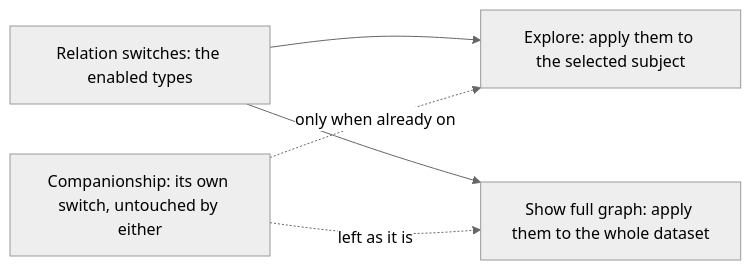
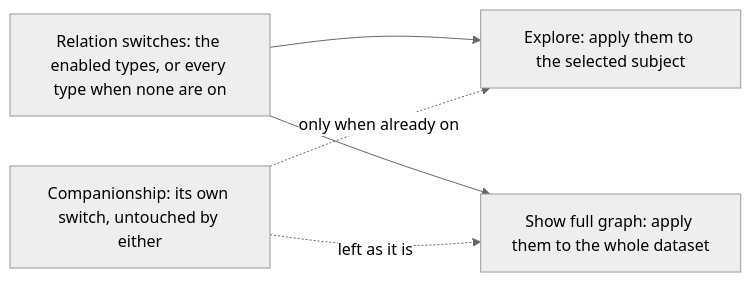
Before and after one commit to msskzx/namaq: the diagram in docs/adr/0007-filters-choose-the-relationship-vocabulary.md, drawn with Mermaid (neutral theme). The commit also changed other lines of this file and 3 other files, not shown here.

First line of the commit message:
fix(graph): keep Explore available when no filter is switched on

````diff
--- a/docs/adr/0007-filters-choose-the-relationship-vocabulary.md
+++ b/docs/adr/0007-filters-choose-the-relationship-vocabulary.md
@@ -24,12 +29,12 @@
 ```mermaid
 flowchart LR
-    SWITCHES["Relation switches: the enabled types"]
+    SWITCHES["Relation switches: the enabled types, or every type when none are on"]
     EXPLORE["Explore: apply them to the selected subject"]
     FULL["Show full graph: apply them to the whole dataset"]
     COMPANION["Companionship: its own switch, untouched by either"]
 
     SWITCHES --> EXPLORE
     SWITCHES --> FULL
     COMPANION -.->|"only when already on"| EXPLORE
     COMPANION -.->|"left as it is"| FULL
 ```
````
